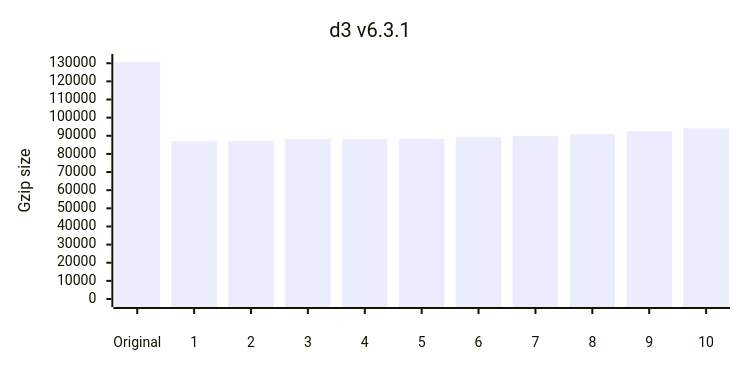
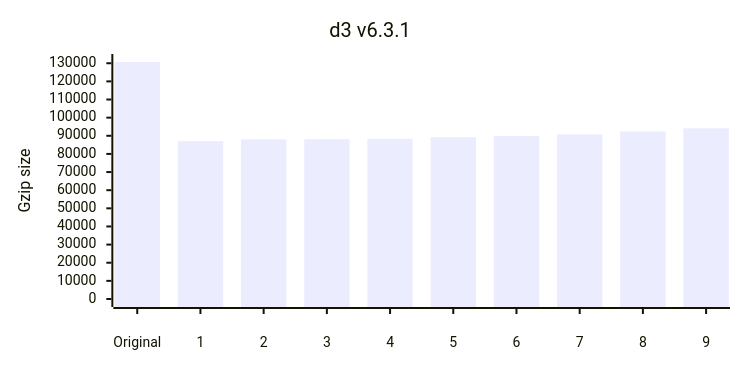
One commit to privatenumber/minification-benchmarks changed the sixth of 12 diagrams in README.md. Above: the diagram before and after it, drawn with Mermaid. The commit also changed other lines of this file, not shown here.

````diff
--- a/README.md
+++ b/README.md
@@ -270,17 +285,17 @@
 ```mermaid
 ---
 config:
     xyChart:
         width: 720
         height: 360
         xAxis:
             labelPadding: 20
         yAxis:
             labelPadding: 10
 ---
 xychart-beta
 	title "d3 v6.3.1"
-	x-axis ["Original",1,2,3,4,5,6,7,8,9,10]
+	x-axis ["Original",1,2,3,4,5,6,7,8,9]
 	y-axis "Gzip size" 0 --> 130686
-	bar [130686,87016,87229,88087,88162,88319,89156,89891,90800,92395,94121]
+	bar [130686,87016,88059,88162,88319,89156,89891,90800,92395,94121]
 ```
````
